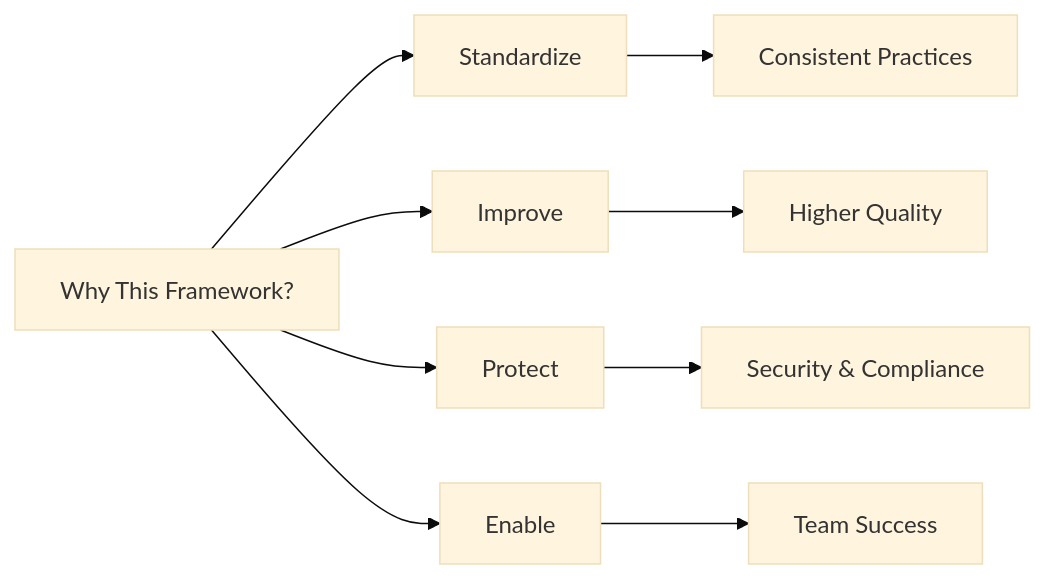
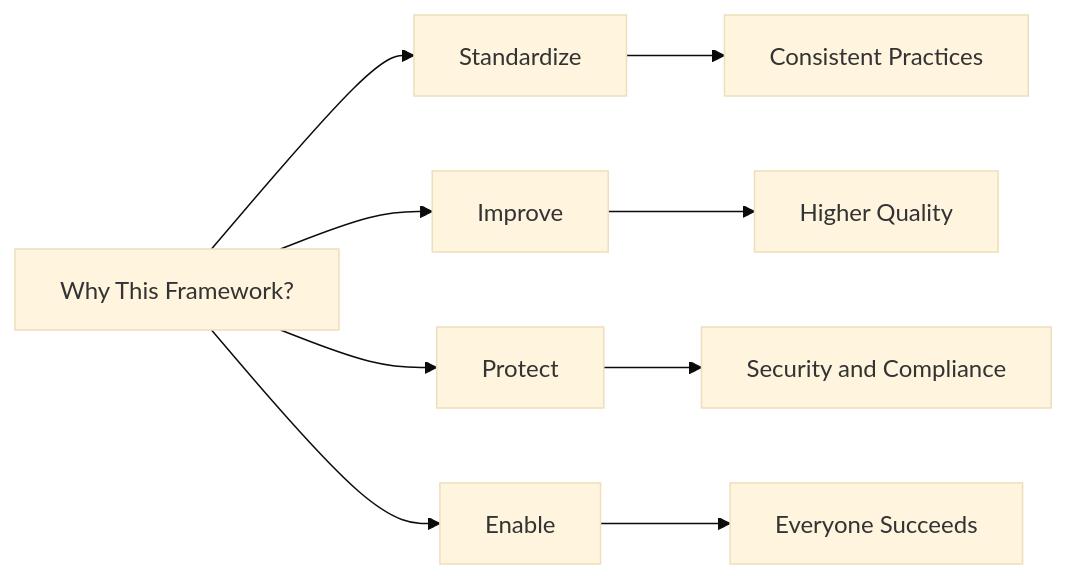
One commit to LifeJiggy/LLM-Agentic-Rules-Framework changed the third of 14 diagrams in README.md. Above: the diagram before and after it, drawn with Mermaid (base theme). The commit also changed other lines of this file, not shown here.

First line of the commit message:
Update README with inclusive audience and fix Mermaid rendering

````diff
--- a/README.md
+++ b/README.md
@@ -75,12 +86,12 @@
 ```mermaid
 flowchart LR
     A[Why This Framework?] --> B[Standardize]
     A --> C[Improve]
     A --> D[Protect]
     A --> E[Enable]
     
     B --> B1[Consistent Practices]
     C --> C1[Higher Quality]
-    D --> D1[Security & Compliance]
-    E --> E1[Team Success]
+    D --> D1[Security and Compliance]
+    E --> E1[Everyone Succeeds]
 ```
````
